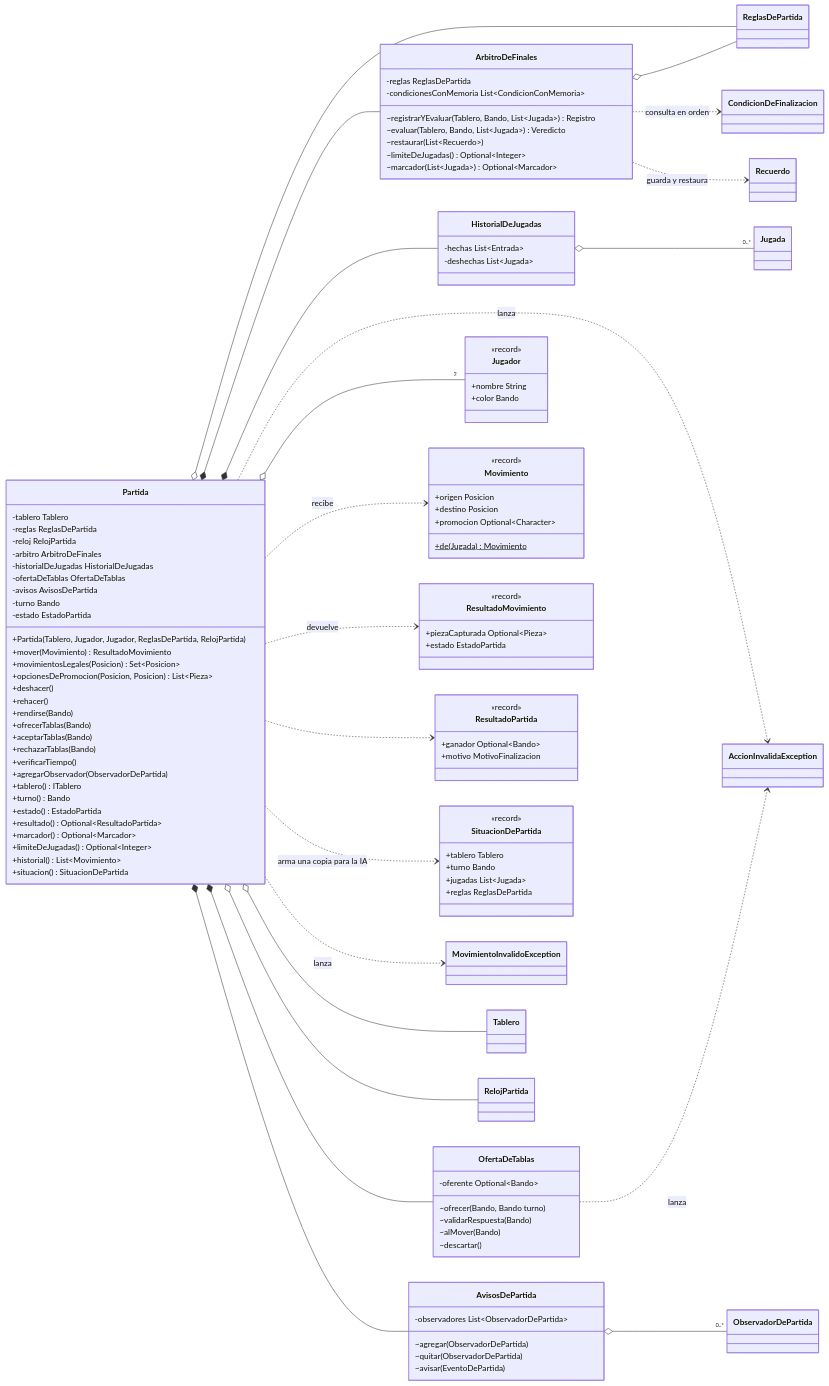
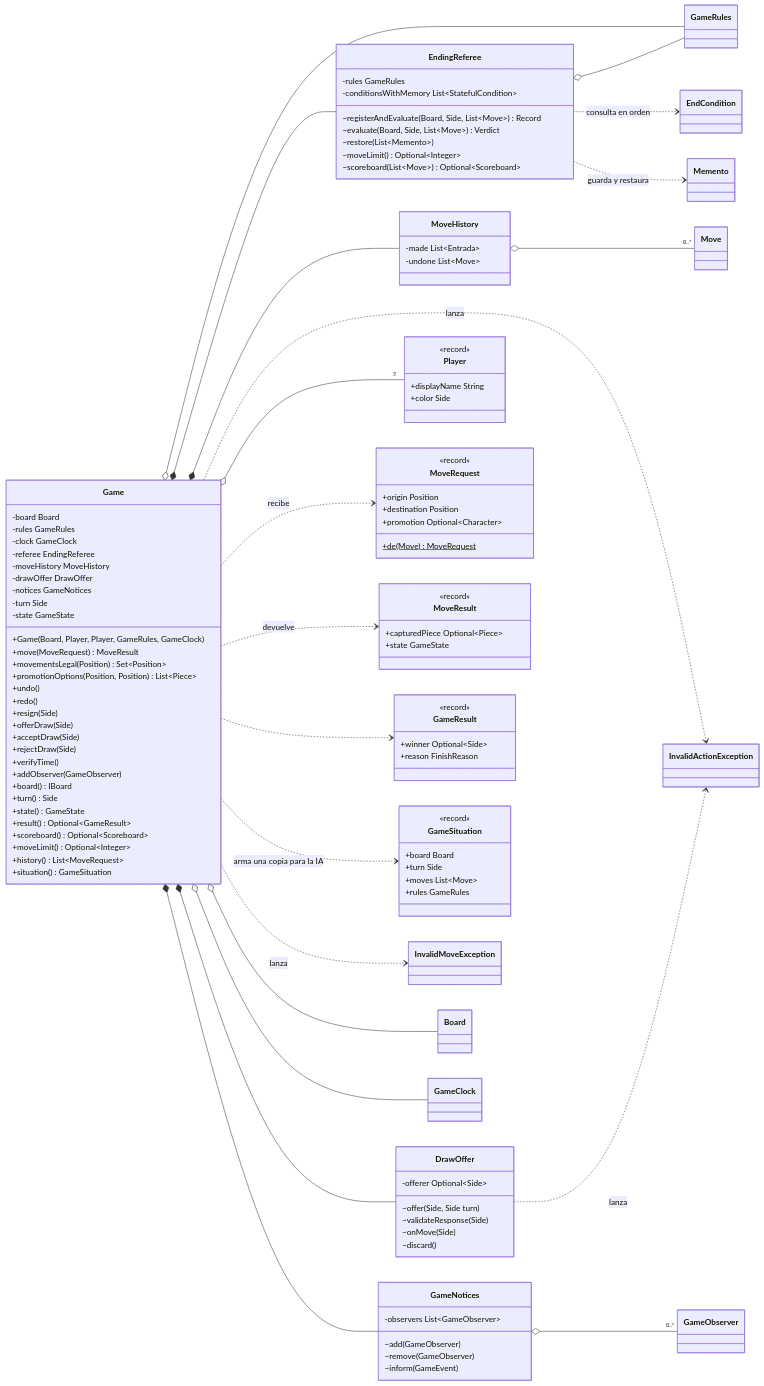
Before and after one commit to JoaquinIgnacioCampos/Chiquichess: the first of 4 diagrams in docs/uml/05-partida.md, drawn with Mermaid. The commit also changed other lines of this file and 12 other files, not shown here.

First line of the commit message:
Actualiza el UML al código en inglés y suma las clases nuevas

````diff
--- a/docs/uml/05-partida.md
+++ b/docs/uml/05-partida.md
@@ -19,115 +19,115 @@
 classDiagram
     direction LR
 
-    class Partida {
-        -tablero Tablero
-        -reglas ReglasDePartida
-        -reloj RelojPartida
-        -arbitro ArbitroDeFinales
-        -historialDeJugadas HistorialDeJugadas
-        -ofertaDeTablas OfertaDeTablas
-        -avisos AvisosDePartida
-        -turno Bando
-        -estado EstadoPartida
-        +Partida(Tablero, Jugador, Jugador, ReglasDePartida, RelojPartida)
-        +mover(Movimiento) ResultadoMovimiento
-        +movimientosLegales(Posicion) Set~Posicion~
-        +opcionesDePromocion(Posicion, Posicion) List~Pieza~
-        +deshacer()
-        +rehacer()
-        +rendirse(Bando)
-        +ofrecerTablas(Bando)
-        +aceptarTablas(Bando)
-        +rechazarTablas(Bando)
-        +verificarTiempo()
-        +agregarObservador(ObservadorDePartida)
-        +tablero() ITablero
-        +turno() Bando
-        +estado() EstadoPartida
-        +resultado() Optional~ResultadoPartida~
-        +marcador() Optional~Marcador~
-        +limiteDeJugadas() Optional~Integer~
-        +historial() List~Movimiento~
-        +situacion() SituacionDePartida
+    class Game {
+        -board Board
+        -rules GameRules
+        -clock GameClock
+        -referee EndingReferee
+        -moveHistory MoveHistory
+        -drawOffer DrawOffer
+        -notices GameNotices
+        -turn Side
+        -state GameState
+        +Game(Board, Player, Player, GameRules, GameClock)
+        +move(MoveRequest) MoveResult
+        +movementsLegal(Position) Set~Position~
+        +promotionOptions(Position, Position) List~Piece~
+        +undo()
+        +redo()
+        +resign(Side)
+        +offerDraw(Side)
+        +acceptDraw(Side)
+        +rejectDraw(Side)
+        +verifyTime()
+        +addObserver(GameObserver)
+        +board() IBoard
+        +turn() Side
+        +state() GameState
+        +result() Optional~GameResult~
+        +scoreboard() Optional~Scoreboard~
+        +moveLimit() Optional~Integer~
+        +history() List~MoveRequest~
+        +situation() GameSituation
     }
 
-    class ArbitroDeFinales {
-        -reglas ReglasDePartida
-        -condicionesConMemoria List~CondicionConMemoria~
-        ~registrarYEvaluar(Tablero, Bando, List~Jugada~) Registro
-        ~evaluar(Tablero, Bando, List~Jugada~) Veredicto
-        ~restaurar(List~Recuerdo~)
-        ~limiteDeJugadas() Optional~Integer~
-        ~marcador(List~Jugada~) Optional~Marcador~
+    class EndingReferee {
+        -rules GameRules
+        -conditionsWithMemory List~StatefulCondition~
+        ~registerAndEvaluate(Board, Side, List~Move~) Record
+        ~evaluate(Board, Side, List~Move~) Verdict
+        ~restore(List~Memento~)
+        ~moveLimit() Optional~Integer~
+        ~scoreboard(List~Move~) Optional~Scoreboard~
     }
-    class HistorialDeJugadas {
-        -hechas List~Entrada~
-        -deshechas List~Jugada~
+    class MoveHistory {
+        -made List~Entrada~
+        -undone List~Move~
     }
-    class OfertaDeTablas {
-        -oferente Optional~Bando~
-        ~ofrecer(Bando, Bando turno)
-        ~validarRespuesta(Bando)
-        ~alMover(Bando)
-        ~descartar()
+    class DrawOffer {
+        -offerer Optional~Side~
+        ~offer(Side, Side turn)
+        ~validateResponse(Side)
+        ~onMove(Side)
+        ~discard()
     }
-    class AvisosDePartida {
-        -observadores List~ObservadorDePartida~
-        ~agregar(ObservadorDePartida)
-        ~quitar(ObservadorDePartida)
-        ~avisar(EventoDePartida)
+    class GameNotices {
+        -observers List~GameObserver~
+        ~add(GameObserver)
+        ~remove(GameObserver)
+        ~inform(GameEvent)
     }
 
-    class Jugador {
+    class Player {
         <<record>>
-        +nombre String
-        +color Bando
+        +displayName String
+        +color Side
     }
-    class Movimiento {
+    class MoveRequest {
         <<record>>
-        +origen Posicion
-        +destino Posicion
-        +promocion Optional~Character~
-        +de(Jugada)$ Movimiento
+        +origin Position
+        +destination Position
+        +promotion Optional~Character~
+        +de(Move)$ MoveRequest
     }
-    class ResultadoMovimiento {
+    class MoveResult {
         <<record>>
-        +piezaCapturada Optional~Pieza~
-        +estado EstadoPartida
+        +capturedPiece Optional~Piece~
+        +state GameState
     }
-    class ResultadoPartida {
+    class GameResult {
         <<record>>
-        +ganador Optional~Bando~
-        +motivo MotivoFinalizacion
+        +winner Optional~Side~
+        +reason FinishReason
     }
-    class SituacionDePartida {
+    class GameSituation {
         <<record>>
-        +tablero Tablero
-        +turno Bando
-        +jugadas List~Jugada~
-        +reglas ReglasDePartida
+        +board Board
+        +turn Side
+        +moves List~Move~
+        +rules GameRules
     }
-    class AccionInvalidaException
-    class MovimientoInvalidoException
+    class InvalidActionException
+    class InvalidMoveException
 
-    Partida *-- ArbitroDeFinales
-    Partida *-- HistorialDeJugadas
-    Partida *-- OfertaDeTablas
-    Partida *-- AvisosDePartida
-    Partida o-- Tablero
-    Partida o-- ReglasDePartida
-    Partida o-- RelojPartida
-    Partida o-- "2" Jugador
-    Partida ..> Movimiento : recibe
-    Partida ..> ResultadoMovimiento : devuelve
-    Partida ..> ResultadoPartida
-    Partida ..> SituacionDePartida : arma una copia para la IA
-    Partida ..> AccionInvalidaException : lanza
-    Partida ..> MovimientoInvalidoException : lanza
-    ArbitroDeFinales o-- ReglasDePartida
-    ArbitroDeFinales ..> CondicionDeFinalizacion : consulta en orden
-    ArbitroDeFinales ..> Recuerdo : guarda y restaura
-    HistorialDeJugadas o-- "0..*" Jugada
-    OfertaDeTablas ..> AccionInvalidaException : lanza
-    AvisosDePartida o-- "0..*" ObservadorDePartida
+    Game *-- EndingReferee
+    Game *-- MoveHistory
+    Game *-- DrawOffer
+    Game *-- GameNotices
+    Game o-- Board
+    Game o-- GameRules
+    Game o-- GameClock
+    Game o-- "2" Player
+    Game ..> MoveRequest : recibe
+    Game ..> MoveResult : devuelve
+    Game ..> GameResult
+    Game ..> GameSituation : arma una copia para la IA
+    Game ..> InvalidActionException : lanza
+    Game ..> InvalidMoveException : lanza
+    EndingReferee o-- GameRules
+    EndingReferee ..> EndCondition : consulta en orden
+    EndingReferee ..> Memento : guarda y restaura
+    MoveHistory o-- "0..*" Move
+    DrawOffer ..> InvalidActionException : lanza
+    GameNotices o-- "0..*" GameObserver
 ```
````
